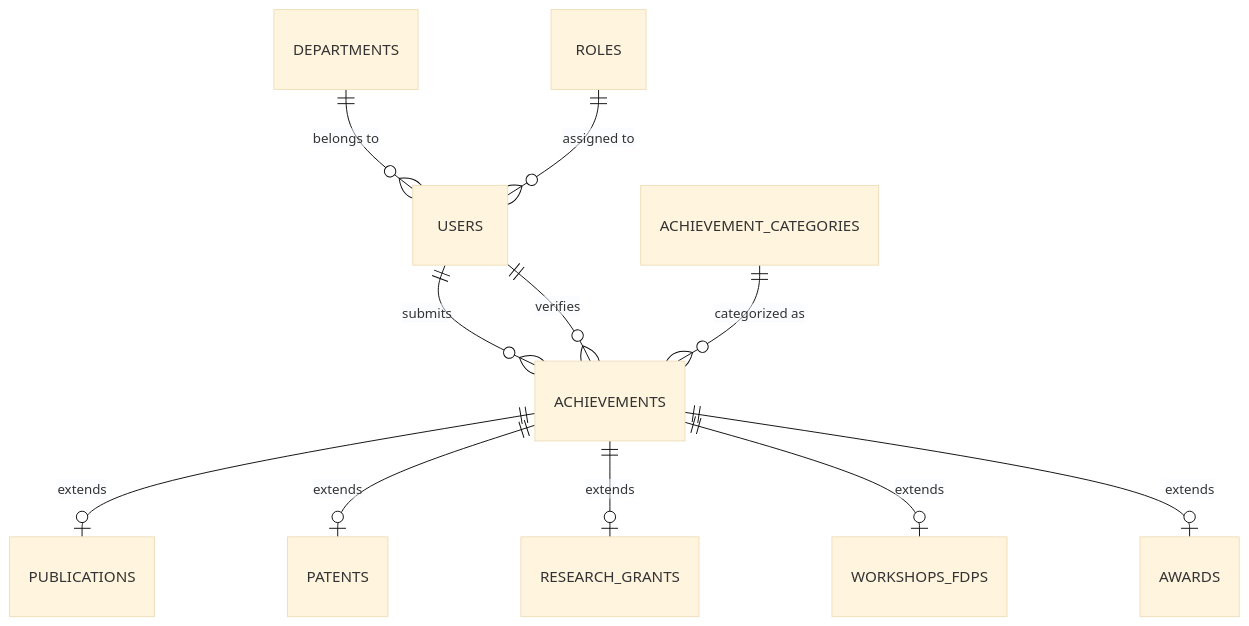
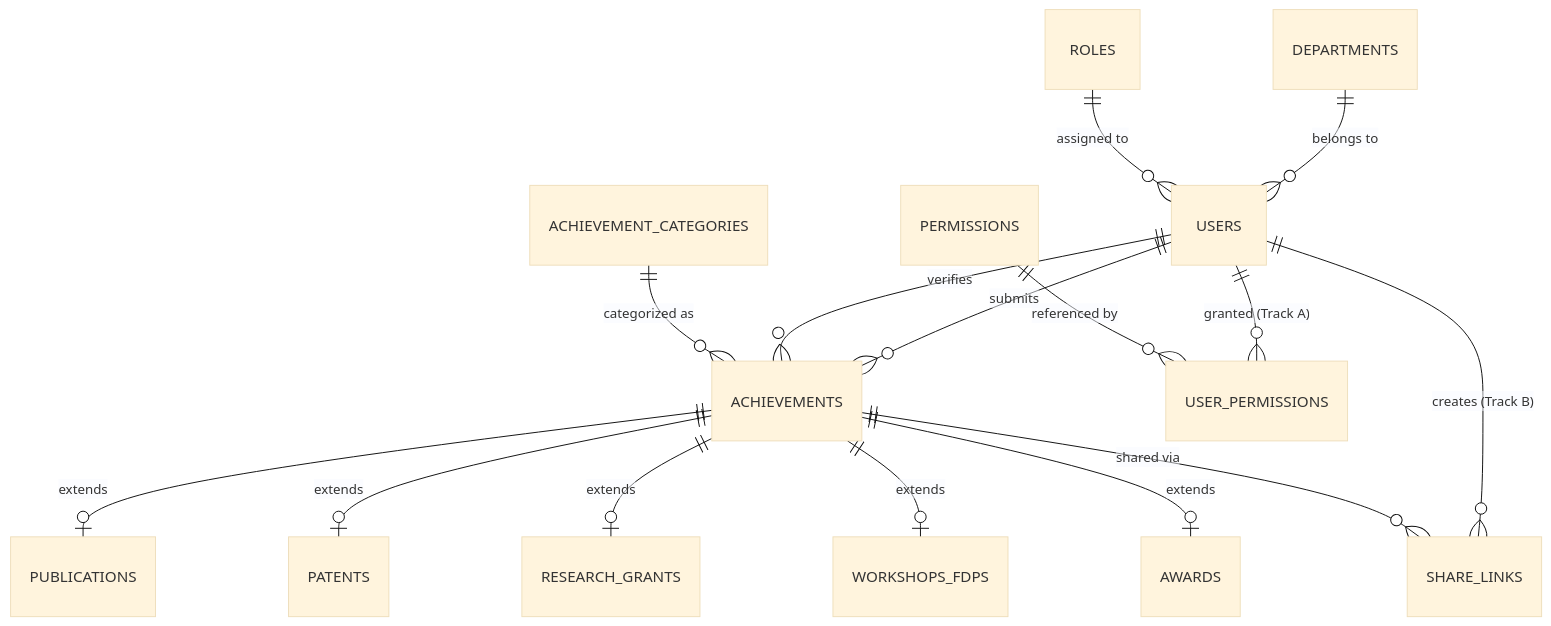
One commit to VishwajeetNishad/faculty_achievement_portal changed the diagram in docs/database-design.md. Above: the diagram before and after it, drawn with Mermaid (base theme). The commit also changed other lines of this file and 5 other files, not shown here.

````diff
--- a/docs/database-design.md
+++ b/docs/database-design.md
@@ -13,14 +13,19 @@
 ```mermaid
 erDiagram
     DEPARTMENTS ||--o{ USERS : "belongs to"
     ROLES ||--o{ USERS : "assigned to"
     USERS ||--o{ ACHIEVEMENTS : "submits"
     USERS ||--o{ ACHIEVEMENTS : "verifies"
     ACHIEVEMENT_CATEGORIES ||--o{ ACHIEVEMENTS : "categorized as"
     
     ACHIEVEMENTS ||--o| PUBLICATIONS : "extends"
     ACHIEVEMENTS ||--o| PATENTS : "extends"
     ACHIEVEMENTS ||--o| RESEARCH_GRANTS : "extends"
     ACHIEVEMENTS ||--o| WORKSHOPS_FDPS : "extends"
     ACHIEVEMENTS ||--o| AWARDS : "extends"
+
+    USERS ||--o{ USER_PERMISSIONS : "granted (Track A)"
+    PERMISSIONS ||--o{ USER_PERMISSIONS : "referenced by"
+    USERS ||--o{ SHARE_LINKS : "creates (Track B)"
+    ACHIEVEMENTS ||--o{ SHARE_LINKS : "shared via"
 ```
````
